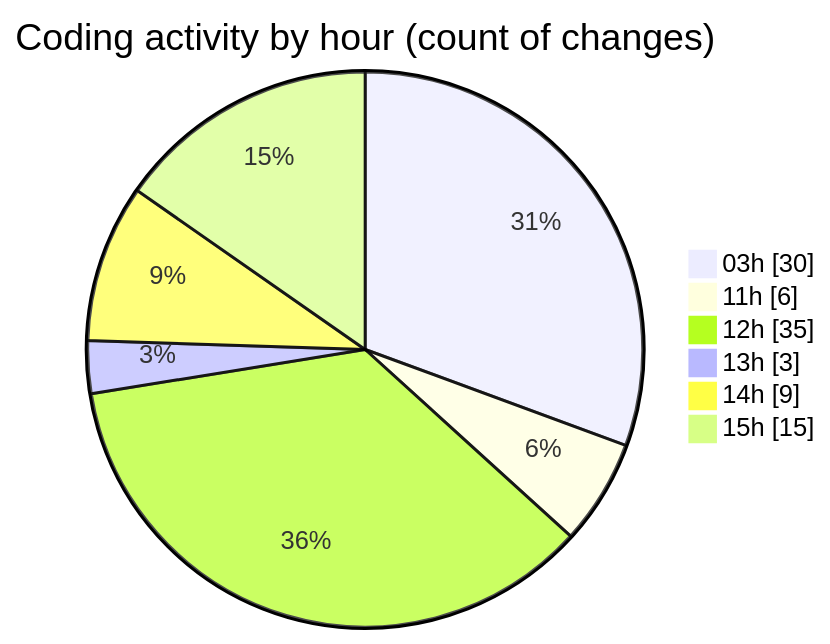
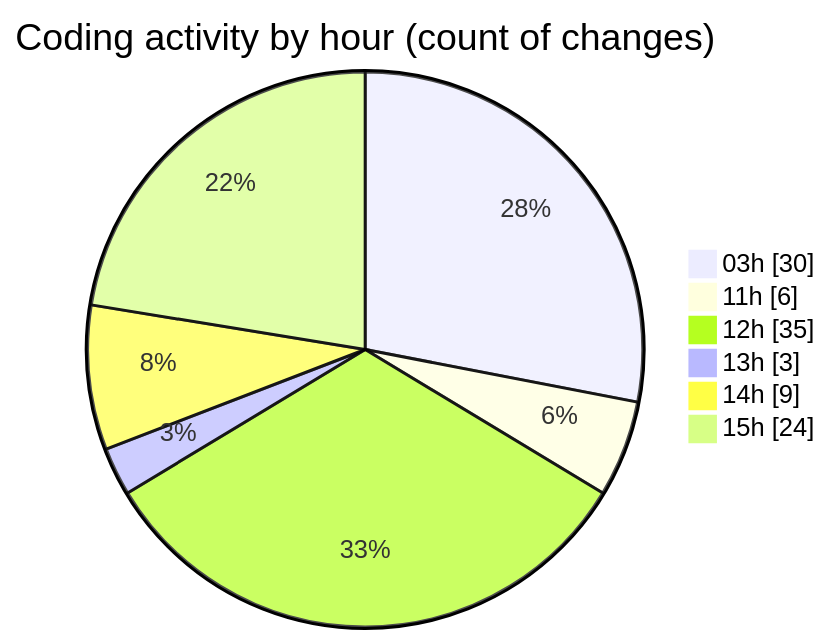
The second of 2 diagrams in 2025-09-13/napxuvn/README.md (lephambinh05/code-tracking), drawn with Mermaid before and after one commit. The commit also changed other lines of this file and 1 other file, not shown here.

````diff
--- a/2025-09-13/napxuvn/README.md
+++ b/2025-09-13/napxuvn/README.md
@@ -68,10 +70,10 @@
 ```mermaid
 pie showData
 title Coding activity by hour (count of changes)
 "03h" : 30
 "11h" : 6
 "12h" : 35
 "13h" : 3
 "14h" : 9
-"15h" : 15
+"15h" : 24
 ```
````
